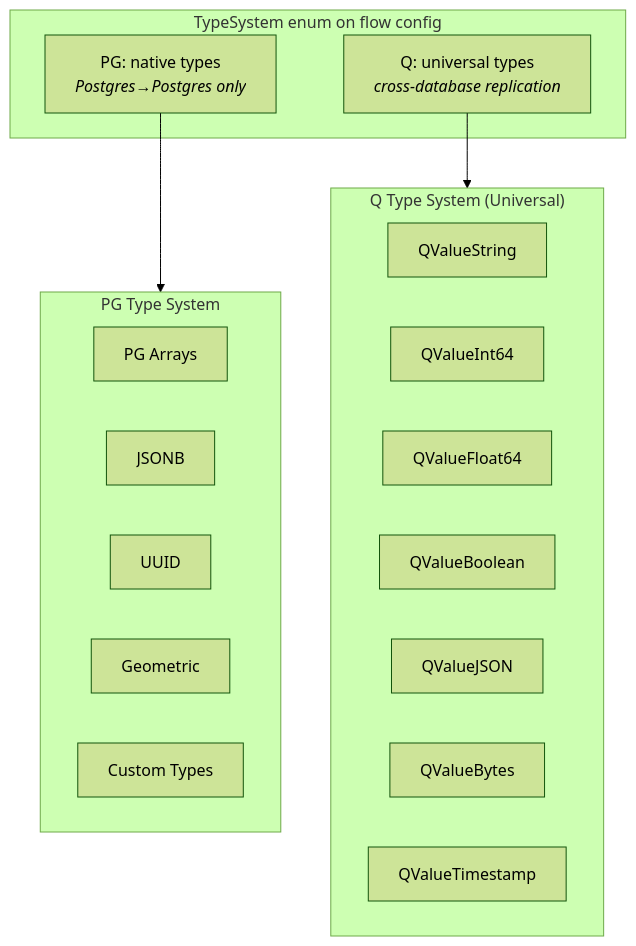
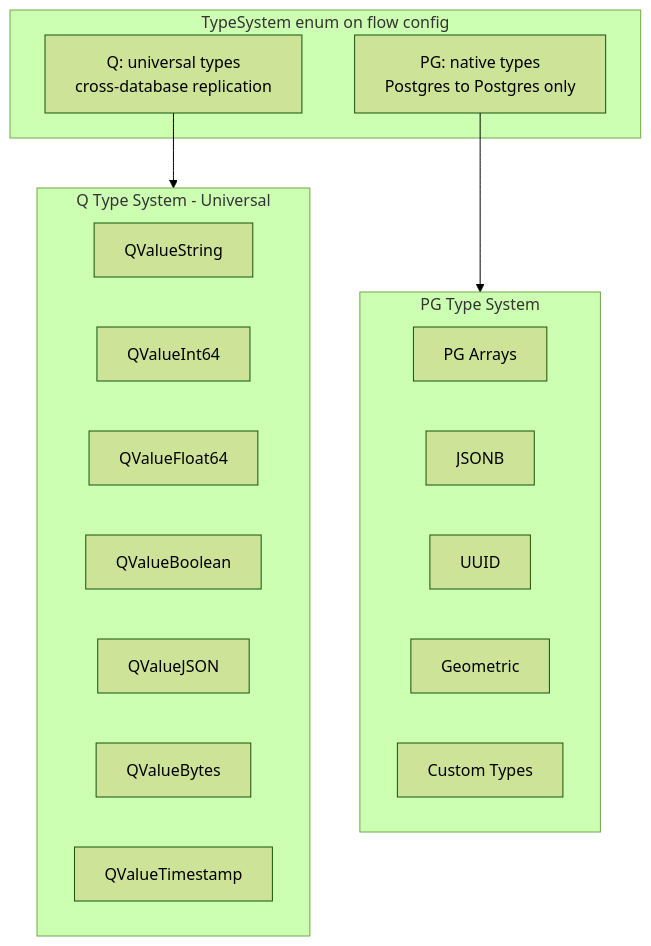
Before and after one commit to PeerDB-io/peerdb: the tenth of 11 diagrams in docs/deep-dive-design-document.md, drawn with Mermaid (forest theme). The commit also changed other lines of this file and 1 other file, not shown here.

````diff
--- a/docs/deep-dive-design-document.md
+++ b/docs/deep-dive-design-document.md
@@ -782,28 +787,28 @@
 ```mermaid
 flowchart TD
-    subgraph PG_SYSTEM["PG Type System"]
-        PG_ARRAY["PG Arrays"]
-        PG_JSONB["JSONB"]
-        PG_UUID["UUID"]
-        PG_GEO["Geometric"]
-        PG_CUSTOM["Custom Types"]
+    subgraph DECISION["TypeSystem enum on flow config"]
+        Q_FLAG["Q: universal types<br/>cross-database replication"]
+        PG_FLAG["PG: native types<br/>Postgres to Postgres only"]
     end
 
-    subgraph Q_SYSTEM["Q Type System (Universal)"]
+    subgraph Q_SYSTEM["Q Type System - Universal"]
         Q_STRING["QValueString"]
         Q_INT["QValueInt64"]
         Q_FLOAT["QValueFloat64"]
         Q_BOOL["QValueBoolean"]
         Q_JSON["QValueJSON"]
         Q_BYTES["QValueBytes"]
         Q_TIME["QValueTimestamp"]
     end
 
-    subgraph DECISION["TypeSystem enum on flow config"]
-        PG_FLAG["PG: native types<br/><i>Postgres→Postgres only</i>"]
-        Q_FLAG["Q: universal types<br/><i>cross-database replication</i>"]
+    subgraph PG_SYSTEM["PG Type System"]
+        PG_ARRAY["PG Arrays"]
+        PG_JSONB["JSONB"]
+        PG_UUID["UUID"]
+        PG_GEO["Geometric"]
+        PG_CUSTOM["Custom Types"]
     end
 
+    Q_FLAG --> Q_SYSTEM
     PG_FLAG --> PG_SYSTEM
-    Q_FLAG --> Q_SYSTEM
 ```
````
